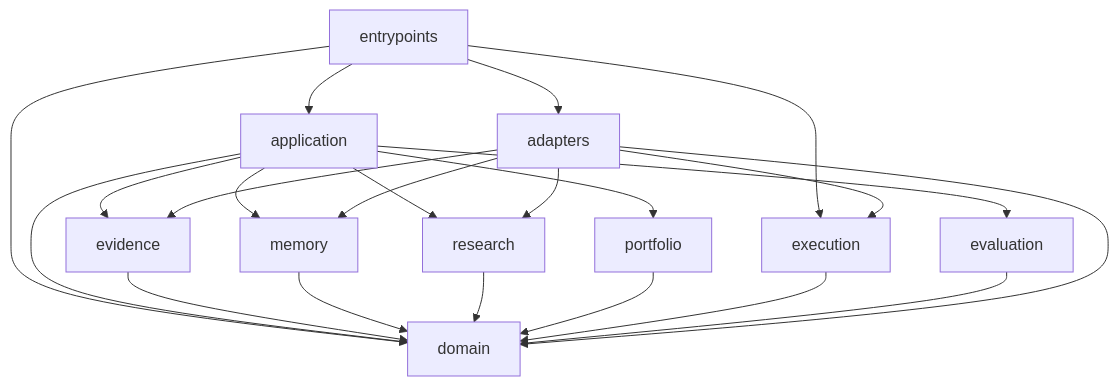
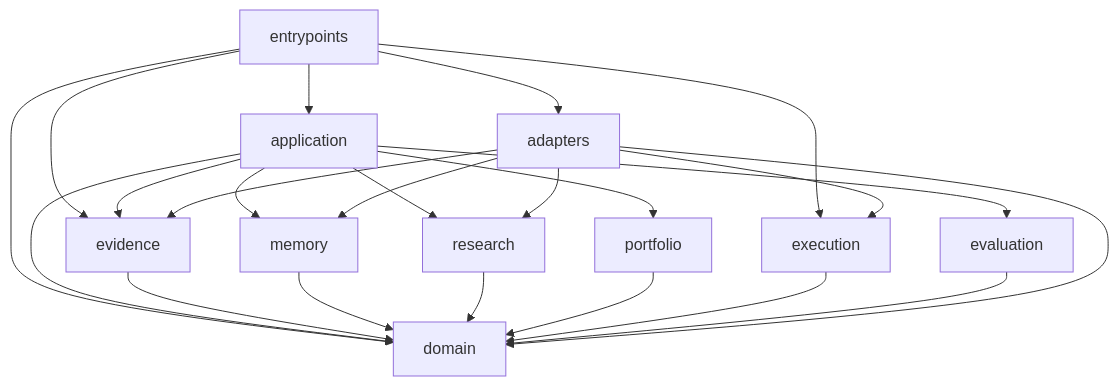
Before and after one commit to investlink-ai/agentic_investment_os: the diagram in docs/module-graph.md, drawn with Mermaid. The commit also changed 30 other files, not shown here.

````diff
--- a/docs/module-graph.md
+++ b/docs/module-graph.md
@@ -14,27 +14,28 @@
 ```mermaid
 flowchart TD
     entrypoints --> application
     entrypoints --> domain
     entrypoints --> execution
     entrypoints --> adapters
+    entrypoints --> evidence
 
     application --> evidence
     application --> memory
     application --> research
     application --> portfolio
     application --> evaluation
     application --> domain
 
     evidence --> domain
     memory --> domain
     research --> domain
     portfolio --> domain
     execution --> domain
     evaluation --> domain
 
     adapters --> domain
     adapters --> evidence
     adapters --> memory
     adapters --> research
     adapters --> execution
 ```
````
